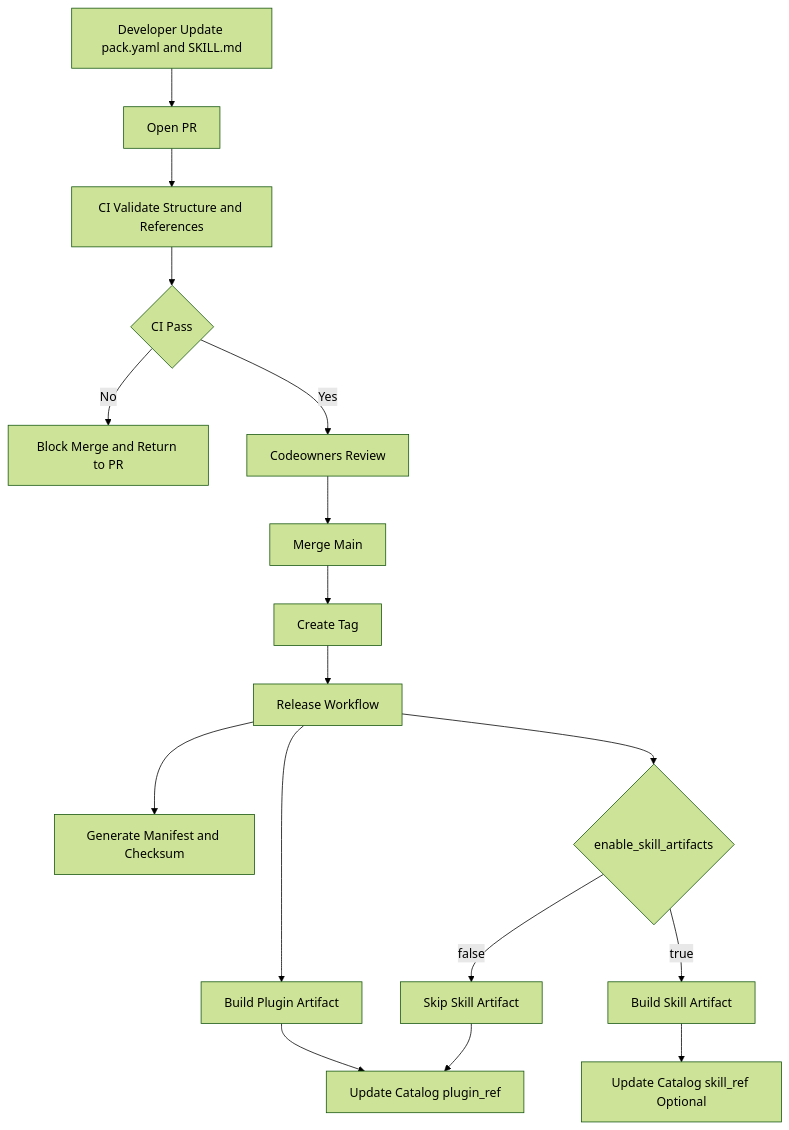
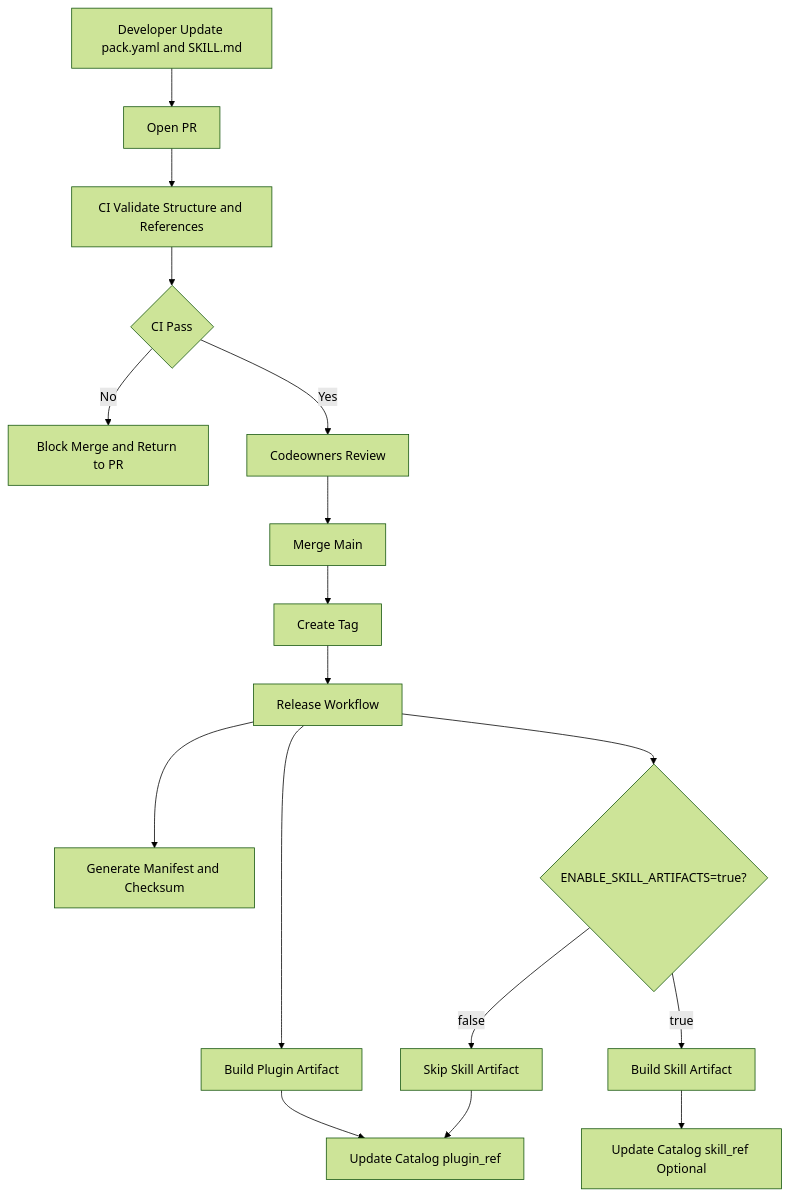
One commit to devbolin/skills changed the first of 3 diagrams in docs/phase1/FLOW.md. Above: the diagram before and after it, drawn with Mermaid (forest theme). The commit also changed 8 other files, not shown here.

````diff
--- a/docs/phase1/FLOW.md
+++ b/docs/phase1/FLOW.md
@@ -5,19 +5,19 @@
 ```mermaid
 flowchart TD
   A[Developer Update pack.yaml and SKILL.md] --> B[Open PR]
   B --> C[CI Validate Structure and References]
   C --> D{CI Pass}
   D -- No --> E[Block Merge and Return to PR]
   D -- Yes --> F[Codeowners Review]
   F --> G[Merge Main]
   G --> H[Create Tag]
   H --> I[Release Workflow]
   I --> J[Build Plugin Artifact]
   I --> K[Generate Manifest and Checksum]
-  I --> L{enable_skill_artifacts}
+  I --> L{ENABLE_SKILL_ARTIFACTS=true?}
   L -- true --> M[Build Skill Artifact]
   L -- false --> N[Skip Skill Artifact]
   J --> O[Update Catalog plugin_ref]
   M --> P[Update Catalog skill_ref Optional]
   N --> O
 ```
````
